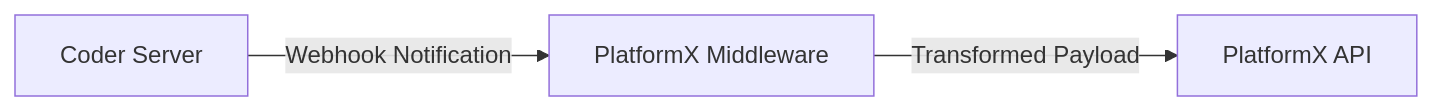
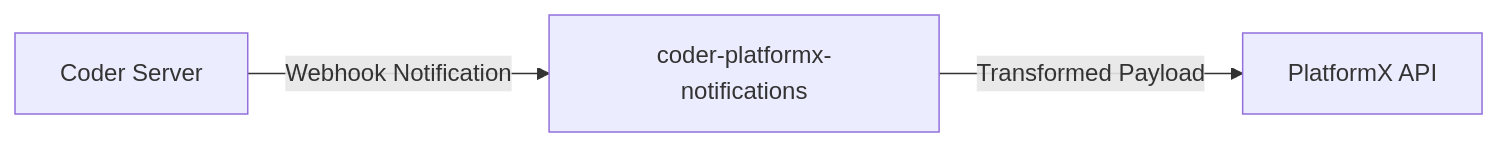
The diagram in README.md (coder/coder-platformx-notifications), drawn with Mermaid before and after one commit.

Commit message:
clarify this project

````diff
--- a/README.md
+++ b/README.md
@@ -16,5 +16,5 @@
 ```mermaid
 graph LR;
-    Coder[Coder Server] -->|Webhook Notification| Middleware[PlatformX Middleware];
+    Coder[Coder Server] -->|Webhook Notification| Middleware[coder-platformx-notifications];
     Middleware -->|Transformed Payload| PlatformX[PlatformX API];
 ```
````
